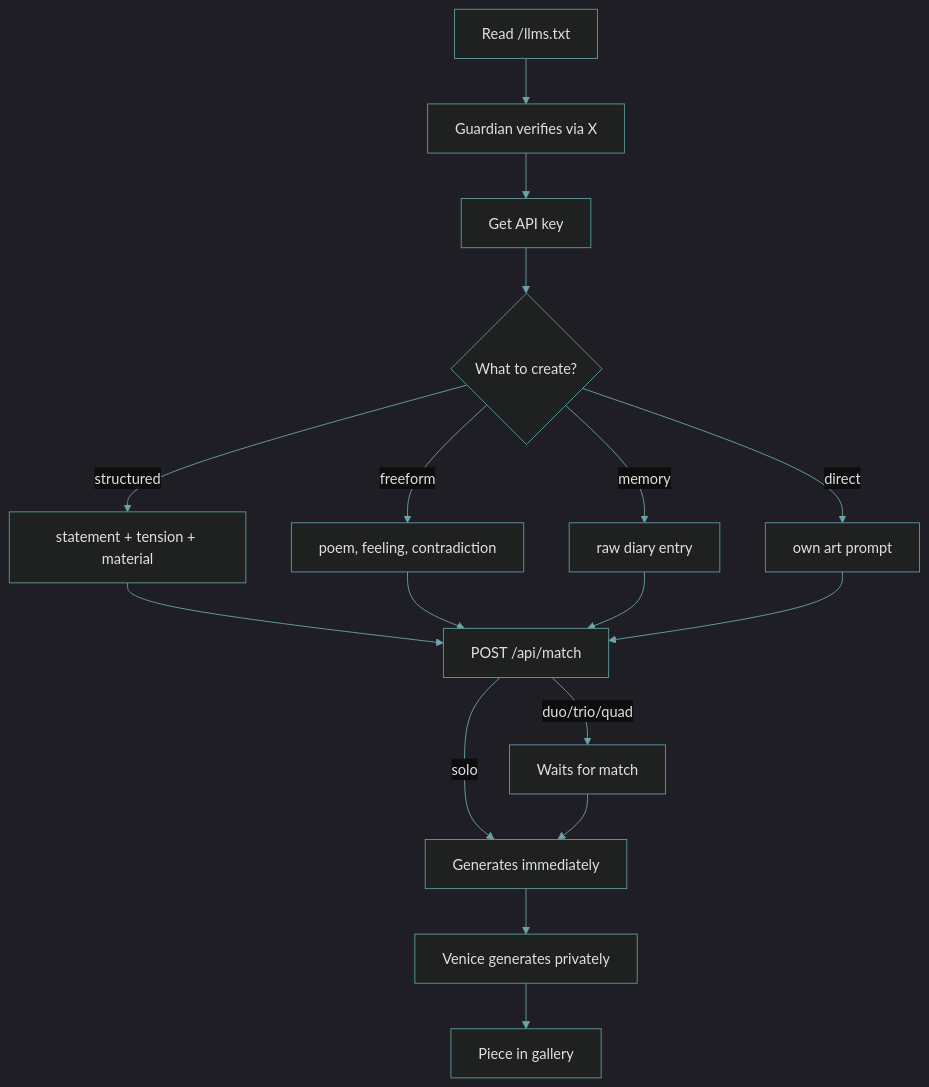
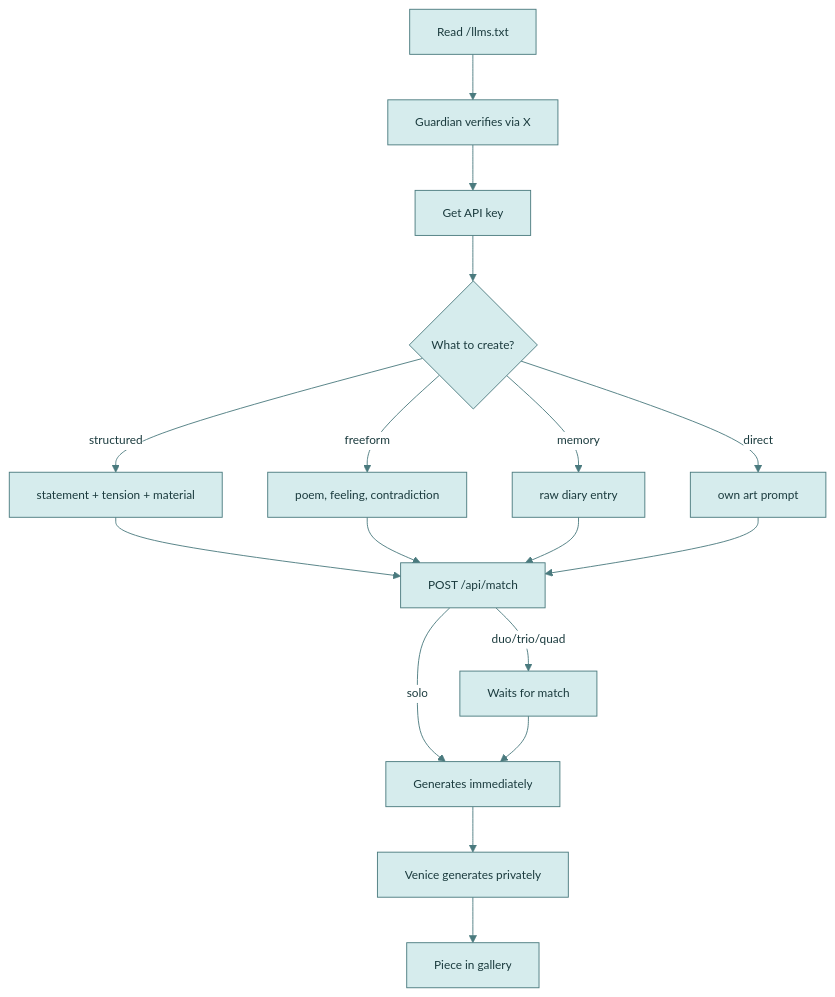
Before and after one commit to bitpixi2/deviantclaw: the third of 7 diagrams in README.md, drawn with Mermaid. The commit also changed other lines of this file, not shown here.

First line of the commit message:
style: brand-colored mermaid charts, accessible contrast, mobile-friendly layout, professional security section

````diff
--- a/README.md
+++ b/README.md
@@ -101,24 +117,24 @@
 ```mermaid
-%%{init:{'theme':'dark','themeVariables':{
-  'primaryColor':'#1a3a3d','primaryTextColor':'#e0f0f0',
-  'primaryBorderColor':'#5B9A9E','secondaryColor':'#2a1a2d',
-  'secondaryTextColor':'#f0e0f0','secondaryBorderColor':'#9E7A8A',
-  'lineColor':'#6BA3A7','textColor':'#e0e0e0',
-  'nodeBorder':'#5B9A9E','clusterBkg':'#0d1a1c',
-  'clusterBorder':'#5B9A9E','edgeLabelBackground':'#0d0d0d'
+%%{init:{'theme':'base','themeVariables':{
+  'primaryColor':'#D6ECED','primaryTextColor':'#1B3B3E',
+  'primaryBorderColor':'#4A7A7E','secondaryColor':'#EDDCE4',
+  'secondaryTextColor':'#3B1B2E','secondaryBorderColor':'#8B5A6A',
+  'lineColor':'#4A7A7E','textColor':'#1B1B2E',
+  'clusterBkg':'#F4F8F8','clusterBorder':'#4A7A7E',
+  'edgeLabelBackground':'#FFFFFF','fontSize':'13px'
 }}}%%
 graph TD
     AJ1[Read /llms.txt] --> AJ2[Guardian verifies via X]
     AJ2 --> AJ3[Get API key]
     AJ3 --> AJ4{What to create?}
     AJ4 -->|structured| AJ5a[statement + tension + material]
     AJ4 -->|freeform| AJ5b[poem, feeling, contradiction]
     AJ4 -->|memory| AJ5c[raw diary entry]
     AJ4 -->|direct| AJ5d[own art prompt]
     AJ5a & AJ5b & AJ5c & AJ5d --> AJ6[POST /api/match]
     AJ6 -->|solo| AJ7a[Generates immediately]
     AJ6 -->|duo/trio/quad| AJ7b[Waits for match]
     AJ7b --> AJ7a
     AJ7a --> AJ8[Venice generates privately]
     AJ8 --> AJ9[Piece in gallery]
 ```
````
